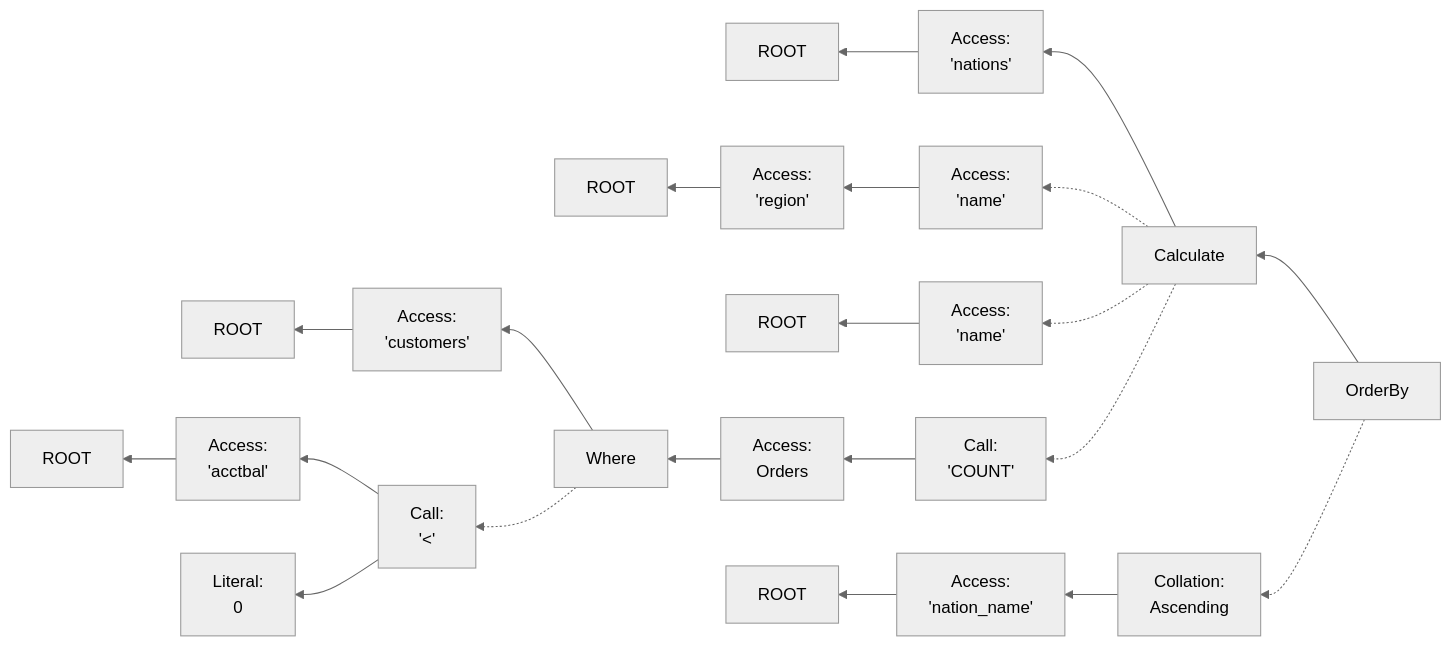
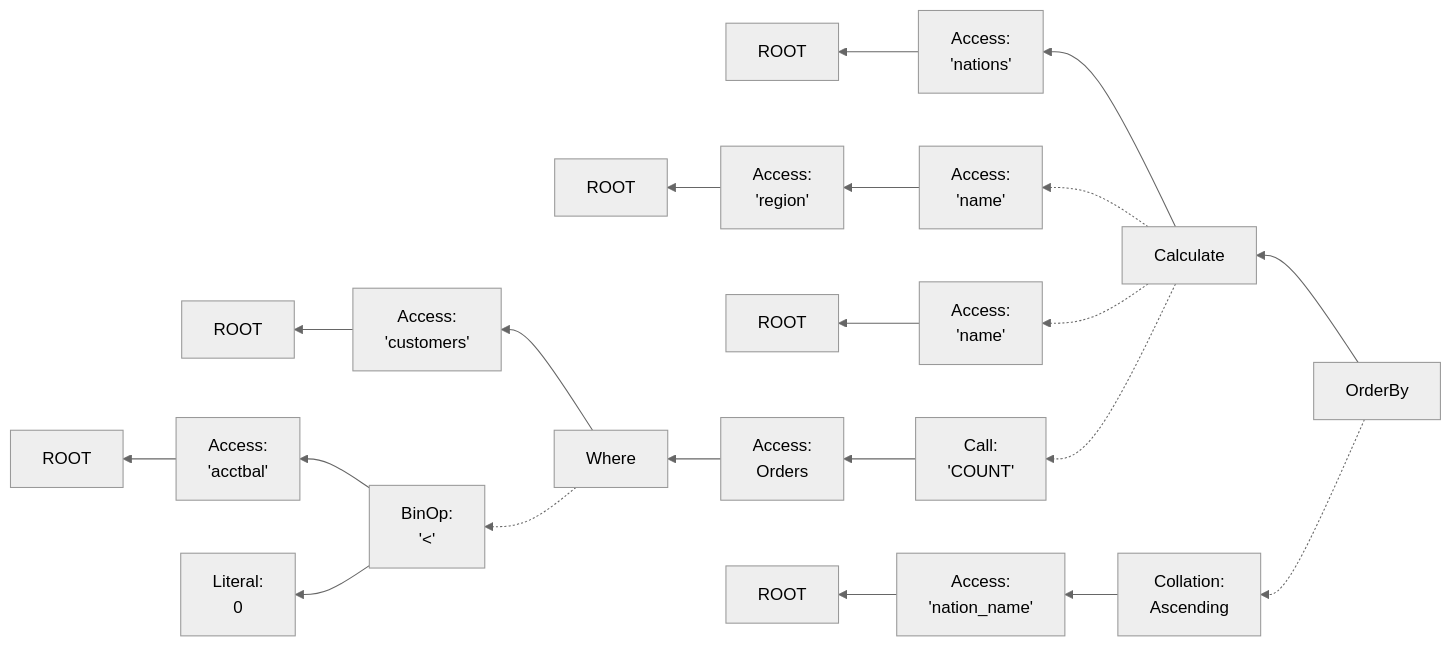
The second of 7 diagrams in documentation/ir.md (bodo-ai/PyDough), drawn with Mermaid (neutral theme) before and after one commit. The commit also changed other lines of this file, not shown here.

````diff
--- a/documentation/ir.md
+++ b/documentation/ir.md
@@ -92,36 +108,36 @@
 ```mermaid
 flowchart RL
     A[OrderBy] --> B[Calculate]
     B --> C[Access:
     'nations']
     C --> D[ROOT]
     B -.-> B1A[Access:
     'name']
     B1A --> B1B[Access:
     'region']
     B1B --> B1C[ROOT]
     B -.-> B2A[Access:
     'name']
     B2A --> B2B[ROOT]
     B -.-> B3A[Call:
     'COUNT']
     B3A --> B3A1[Access:
     Orders]
     B3A1 --> B3B[Where]
     B3B --> B3C[Access:
     'customers']
     B3C --> B3D[ROOT]
-    B3B -.-> P1[Call:
+    B3B -.-> P1[BinOp:
     '<']
     P1 --> P2[Access:
     'acctbal']
     P2 --> P3[ROOT]
     P1 --> P4[Literal:
     0]
     A -.-> A1[Collation:
     Ascending]
     A1 --> A2[Access:
     'nation_name'
     ]
     A2 --> A3[ROOT]
 ```
````
